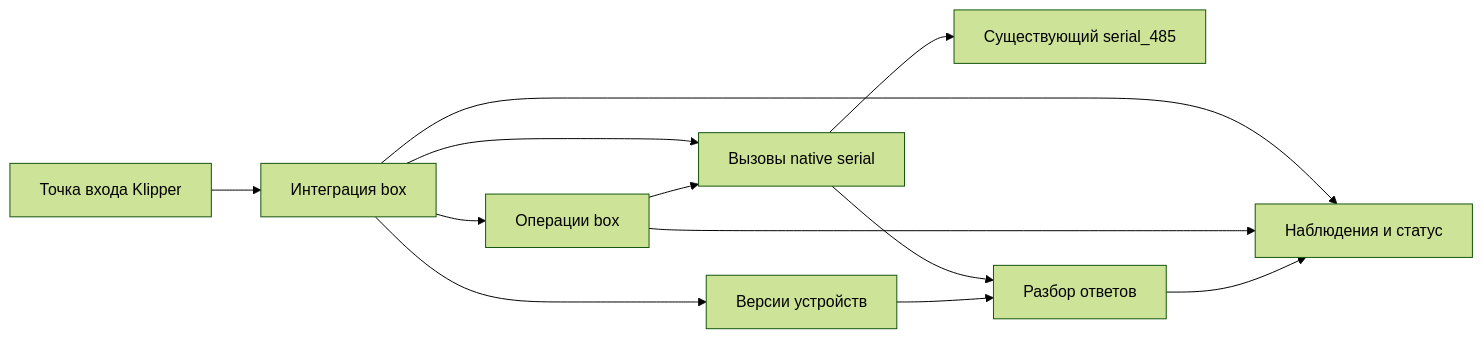
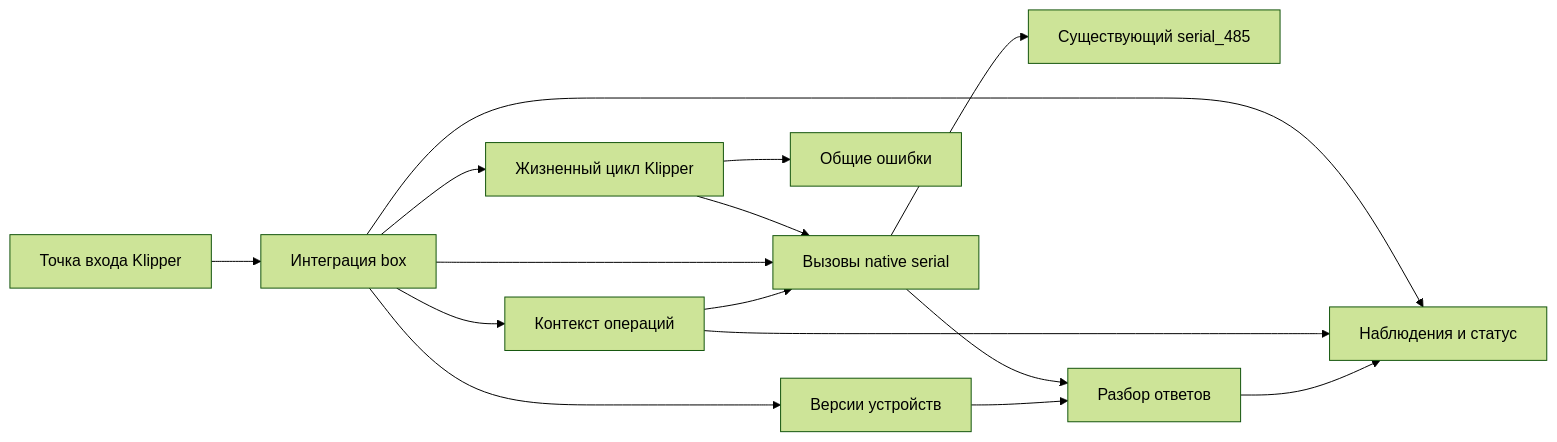
One commit to truestealth/cfs_klipper changed the diagram in docs/architecture.ru.md. Above: the diagram before and after it, drawn with Mermaid (forest theme). The commit also changed other lines of this file and 40 other files, not shown here.

First line of the commit message:
feat: implement Klipper lifecycle and shared error handling

````diff
--- a/docs/architecture.ru.md
+++ b/docs/architecture.ru.md
@@ -40,14 +44,17 @@
 ```mermaid
 flowchart LR
     Entry[Точка входа Klipper] --> Box[Интеграция box]
-    Box --> Operations[Операции box]
+    Box --> Operations[Контекст операций]
+    Box --> Lifecycle[Жизненный цикл Klipper]
+    Lifecycle --> Native
+    Lifecycle --> Errors[Общие ошибки]
     Box --> State[Наблюдения и статус]
     Box --> Native[Вызовы native serial]
     Box --> Versions[Версии устройств]
     Operations --> State
     Operations --> Native
     Native --> Stock[Существующий serial_485]
     Native --> Decoder[Разбор ответов]
     Versions --> Decoder
     Decoder --> State
 ```
````
